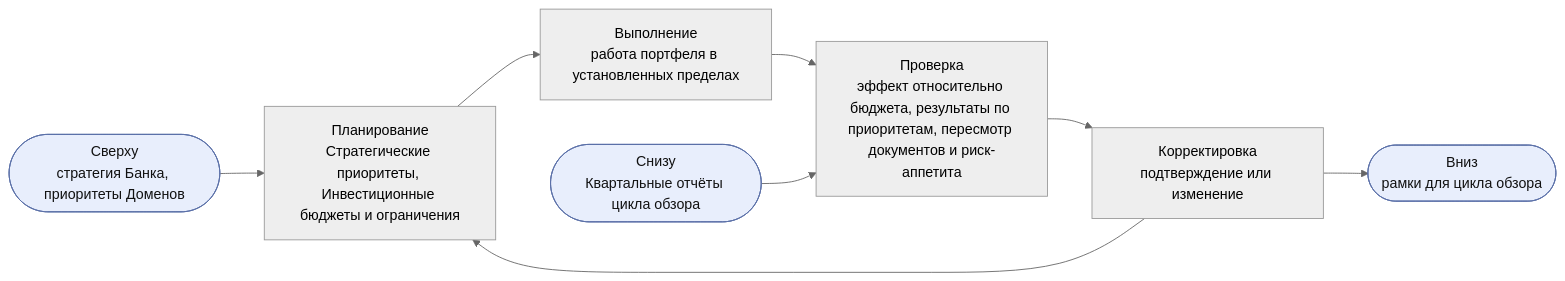
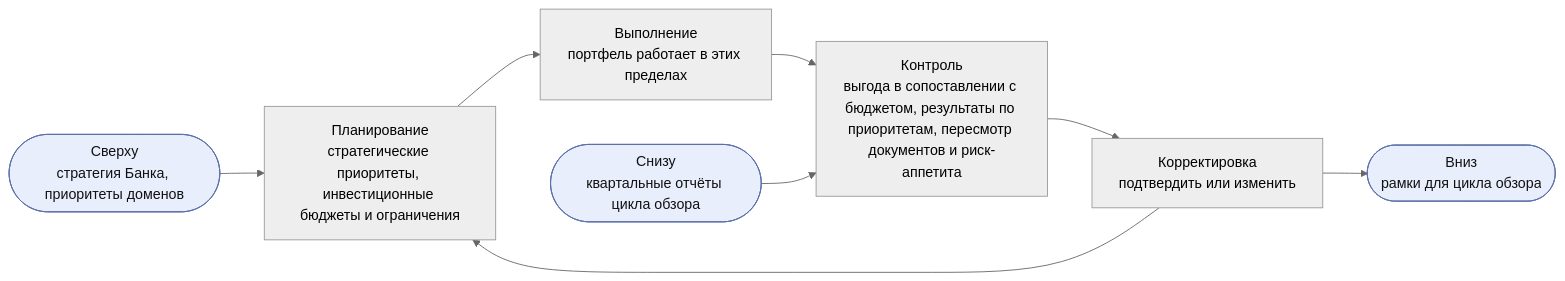
One commit to devhogu/ob-aicc changed the first of 8 diagrams in charter/ru/documents/portfolio-management-model.md. Above: the diagram before and after it, drawn with Mermaid (neutral theme). The commit also changed other lines of this file and 4 other files, not shown here.

````diff
--- a/charter/ru/documents/portfolio-management-model.md
+++ b/charter/ru/documents/portfolio-management-model.md
@@ -62,8 +62,8 @@
 ```mermaid
 flowchart LR
-  IN(["Сверху<br/>стратегия Банка, приоритеты Доменов"]):::iface --> P
-  P["Планирование<br/>Стратегические приоритеты, Инвестиционные бюджеты и ограничения"] --> D["Выполнение<br/>работа портфеля в установленных пределах"] --> C["Проверка<br/>эффект относительно бюджета, результаты по приоритетам, пересмотр документов и риск-аппетита"] --> A["Корректировка<br/>подтверждение или изменение"] --> P
-  EV(["Снизу<br/>Квартальные отчёты цикла обзора"]):::iface --> C
+  IN(["Сверху<br/>стратегия Банка, приоритеты доменов"]):::iface --> P
+  P["Планирование<br/>стратегические приоритеты, инвестиционные бюджеты и ограничения"] --> D["Выполнение<br/>портфель работает в этих пределах"] --> C["Контроль<br/>выгода в сопоставлении с бюджетом, результаты по приоритетам, пересмотр документов и риск-аппетита"] --> A["Корректировка<br/>подтвердить или изменить"] --> P
+  EV(["Снизу<br/>квартальные отчёты цикла обзора"]):::iface --> C
   A --> OUT(["Вниз<br/>рамки для цикла обзора"]):::iface
   classDef iface fill:#e8eefc,stroke:#5a6fa8,color:#111
 ```
````
